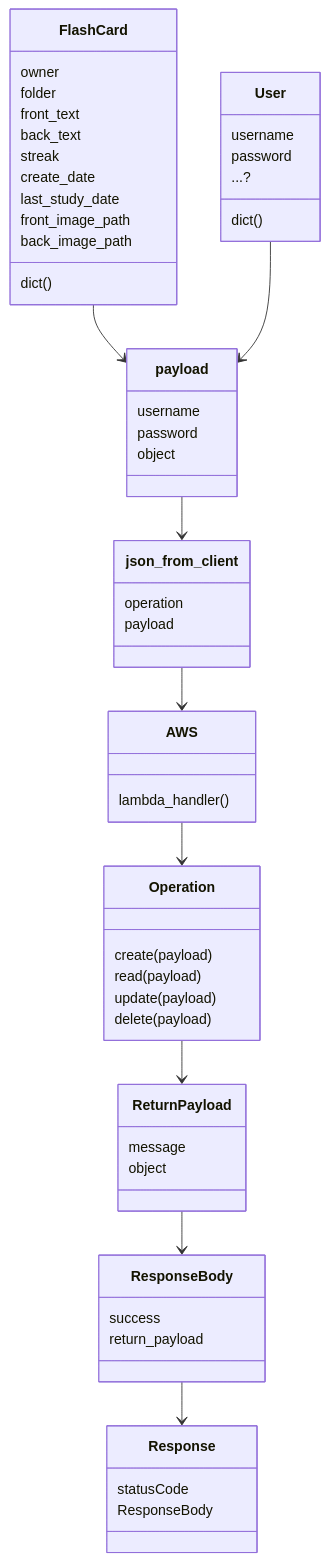
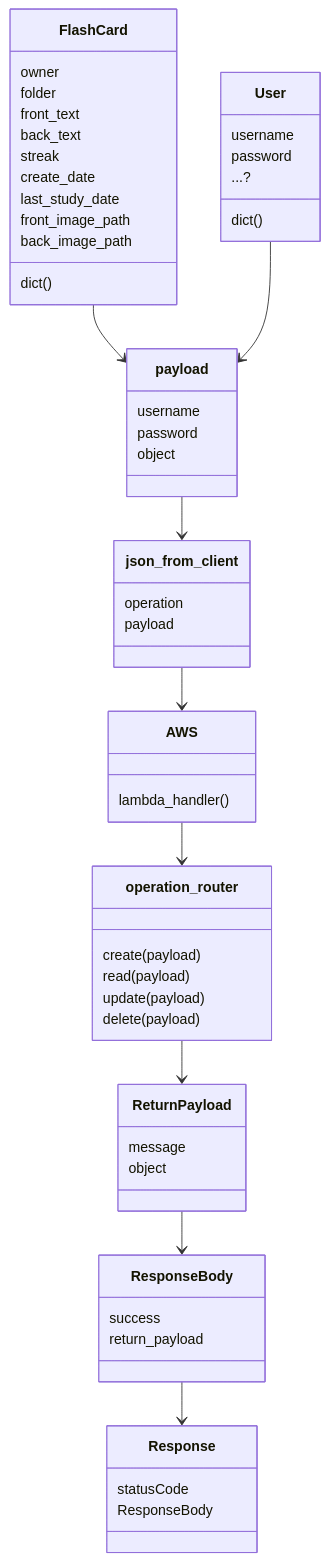
Before and after one commit to patpragman/swe_class_project: the second of 2 diagrams in documentation/some_reqs.md, drawn with Mermaid. The commit also changed 2 other files, not shown here.

Commit message:
refactor to simplify operations routing

````diff
--- a/documentation/some_reqs.md
+++ b/documentation/some_reqs.md
@@ -45,75 +45,75 @@
 ```mermaid
  classDiagram
     class FlashCard{
         owner
         folder
         front_text
         back_text
         streak
         create_date
         last_study_date
         front_image_path
         back_image_path
         dict()
     }
 
     class User{
         username
         password
         ...?
         dict()
     }
 
     class payload{
         username
         password
         object
     }
 
     class json_from_client{
         operation
         payload
     }
 
     class AWS{
         lambda_handler()
     }
 
-    class Operation{
+    class operation_router{
         create(payload)
         read(payload)
         update(payload)
         delete(payload)
     }
 
     class ReturnPayload{
         message
         object
     }
 
     class ResponseBody{
         success
         return_payload
     }
 
     class Response{
         statusCode
         ResponseBody
     }
 
 
     FlashCard --> payload
     User --> payload
     payload --> json_from_client
 
     json_from_client --> AWS
 
-    AWS --> Operation
+    AWS --> operation_router
 
-    Operation --> ReturnPayload
+    operation_router --> ReturnPayload
 
     ReturnPayload --> ResponseBody
 
     ResponseBody --> Response
 
 ```
````
